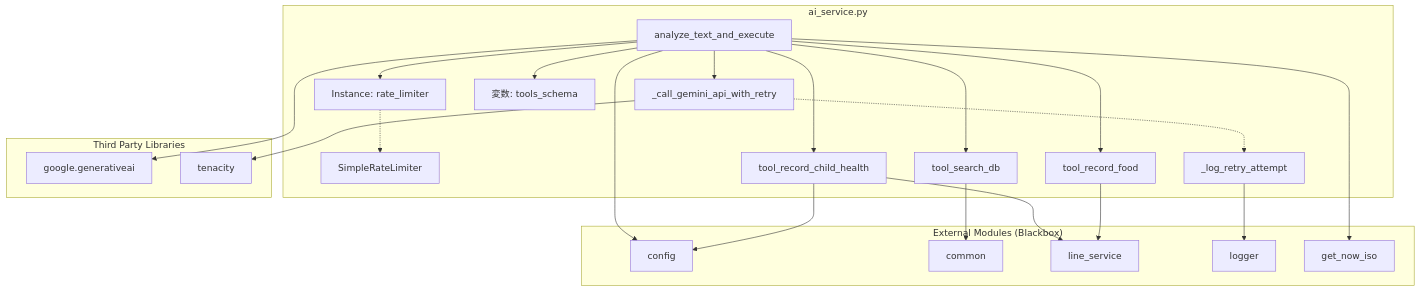
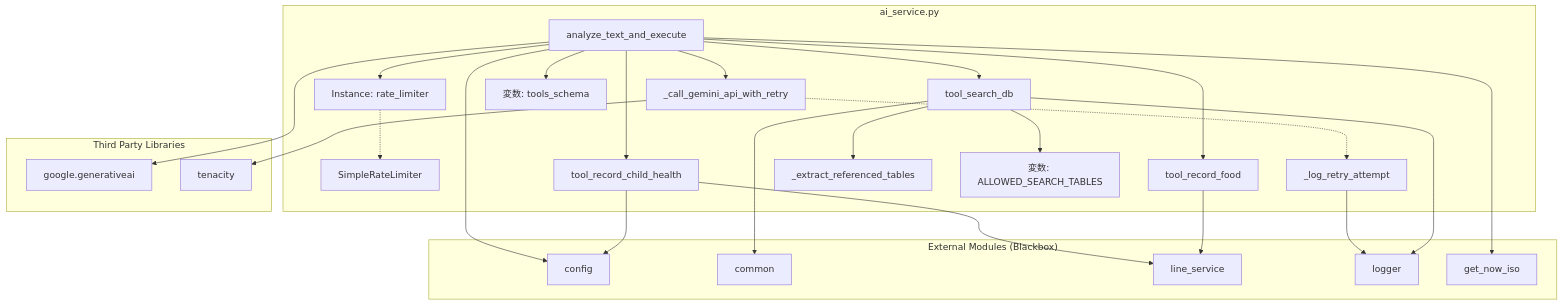
The second of 2 diagrams in docs/specifications/MY_HOME_SYSTEM/ai_service.md (mmtigers/my_python_project), drawn with Mermaid before and after one commit. The commit also changed other lines of this file and 8 other files, not shown here.

````diff
--- a/docs/specifications/MY_HOME_SYSTEM/ai_service.md
+++ b/docs/specifications/MY_HOME_SYSTEM/ai_service.md
@@ -289,51 +323,56 @@
 ```mermaid
 graph TD
     subgraph "ai_service.py"
         analyze_text_and_execute
         SimpleRateLimiter
         _call_gemini_api_with_retry
         _log_retry_attempt
         tool_record_child_health
         tool_record_food
         tool_search_db
+        _extract_referenced_tables
+        ALLOWED_SEARCH_TABLES[変数: ALLOWED_SEARCH_TABLES]
         rate_limiter[Instance: rate_limiter]
         tools_schema[変数: tools_schema]
     end
 
     subgraph "External Modules (Blackbox)"
         config
         common
         line_service
         logger
         get_now_iso
     end
 
     subgraph "Third Party Libraries"
         genai["google.generativeai"]
         tenacity
     end
 
     analyze_text_and_execute --> rate_limiter
     analyze_text_and_execute --> _call_gemini_api_with_retry
     analyze_text_and_execute --> tool_record_child_health
     analyze_text_and_execute --> tool_record_food
     analyze_text_and_execute --> tool_search_db
     analyze_text_and_execute --> genai
     analyze_text_and_execute --> get_now_iso
     analyze_text_and_execute --> config
     analyze_text_and_execute --> tools_schema
 
     rate_limiter -.-> SimpleRateLimiter
 
     _call_gemini_api_with_retry --> tenacity
     _call_gemini_api_with_retry -.-> _log_retry_attempt
     _log_retry_attempt --> logger
 
     tool_record_child_health --> line_service
     tool_record_child_health --> config
     
     tool_record_food --> line_service
     
     tool_search_db --> common
+    tool_search_db --> _extract_referenced_tables
+    tool_search_db --> ALLOWED_SEARCH_TABLES
+    tool_search_db --> logger
 
 ```
````
